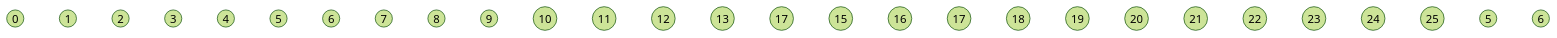
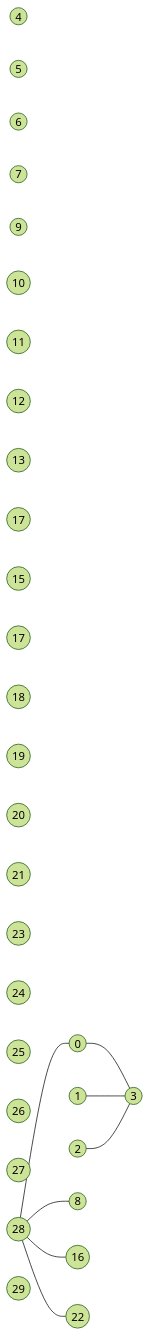
The fifth of 5 diagrams in sem2/AuW/UE/cx/bf/cx12-great-harvest.md (bfeitknecht/vault), drawn with Mermaid (forest theme) before and after one commit. The commit also changed 1 other file, not shown here.

Commit message:
backup: 2024-07-14T09:29:53+02:00 from MacBook Pro (echo)
Affected files:
.obsidian/vault-stats.json
sem2/AuW/UE/cx/bf/cx12-great-harvest.md

````diff
--- a/sem2/AuW/UE/cx/bf/cx12-great-harvest.md
+++ b/sem2/AuW/UE/cx/bf/cx12-great-harvest.md
@@ -227,42 +227,49 @@
 ```mermaid
-flowchart TD
+flowchart LR
 
-%%%%%%%%%%%%%%
+%%%%%%%%%%%%%%%%%%%%%%%%%%%%%%%%%%%%%%%%%%
+
 ids0v1((0))
 ids0v2((1))
 ids0v3((2))
 idc0((3))
 idt0v1((4))
 idt0v2((5))
 idt0v3((6))
 
 ids1v1((7))
 ids1v2((8))
 ids1v3((9))
 idc1((10))
 idt1v1((11))
 idt1v2((12))
 idt1v3((13))
 
 ids2v1((17))
 ids2v2((15))
 ids2v3((16))
 idc2((17))
 idt2v1((18))
 idt2v2((19))
 idt2v3((20))
 
 ids3v1((21))
 ids3v2((22))
 ids3v3((23))
 idc3((24))
 idt3v1((25))
-idt3v2((5))
-idt3v3((6))
+idt3v2((26))
+idt3v3((27))
+
+idS((28))
+idT((29))
+
+%%%%%%%%%%%%%%%%%%%%%%%%%%%%%%%%%%%%%%%%%%
+
+idS --- ids0v1 & ids1v2 & ids2v3 & ids3v2
+
+ids0v1 & ids0v2 & ids0v3 --- idc0
 
 
-
-
-
-%%%%%%%%%%%%%%
+%%%%%%%%%%%%%%%%%%%%%%%%%%%%%%%%%%%%%%%%%%
 ```
````
